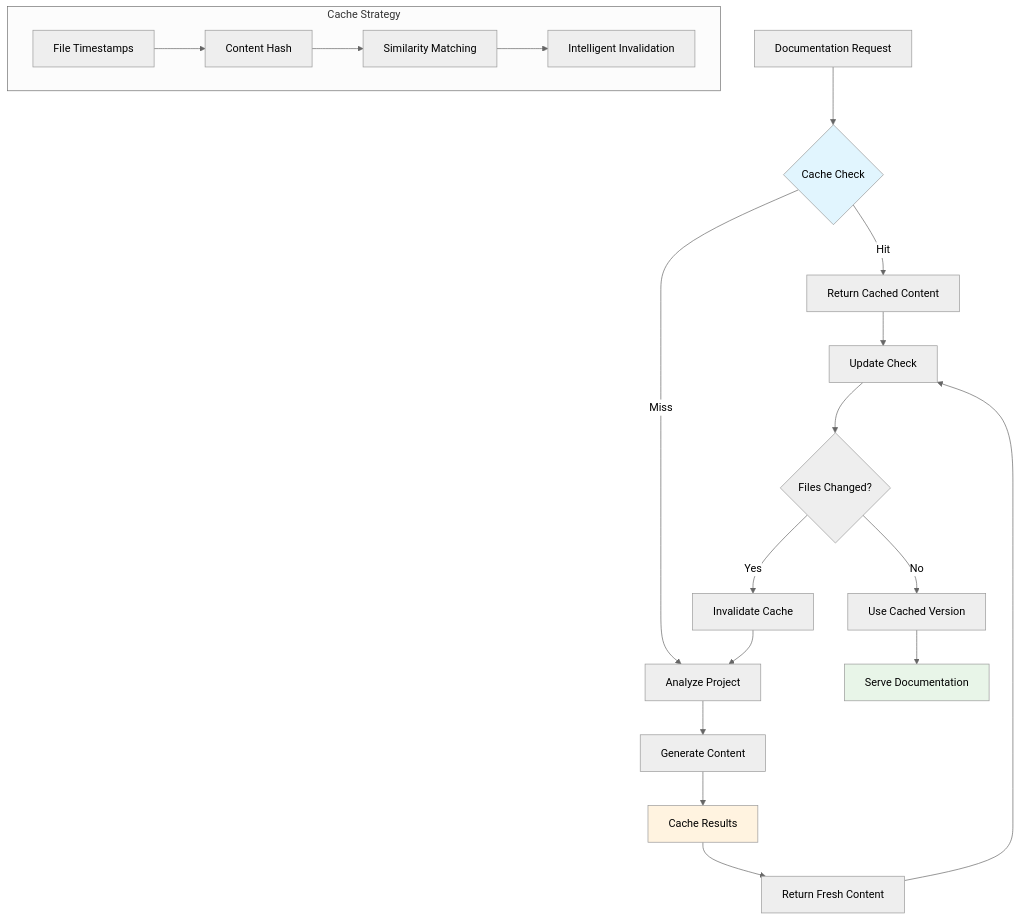
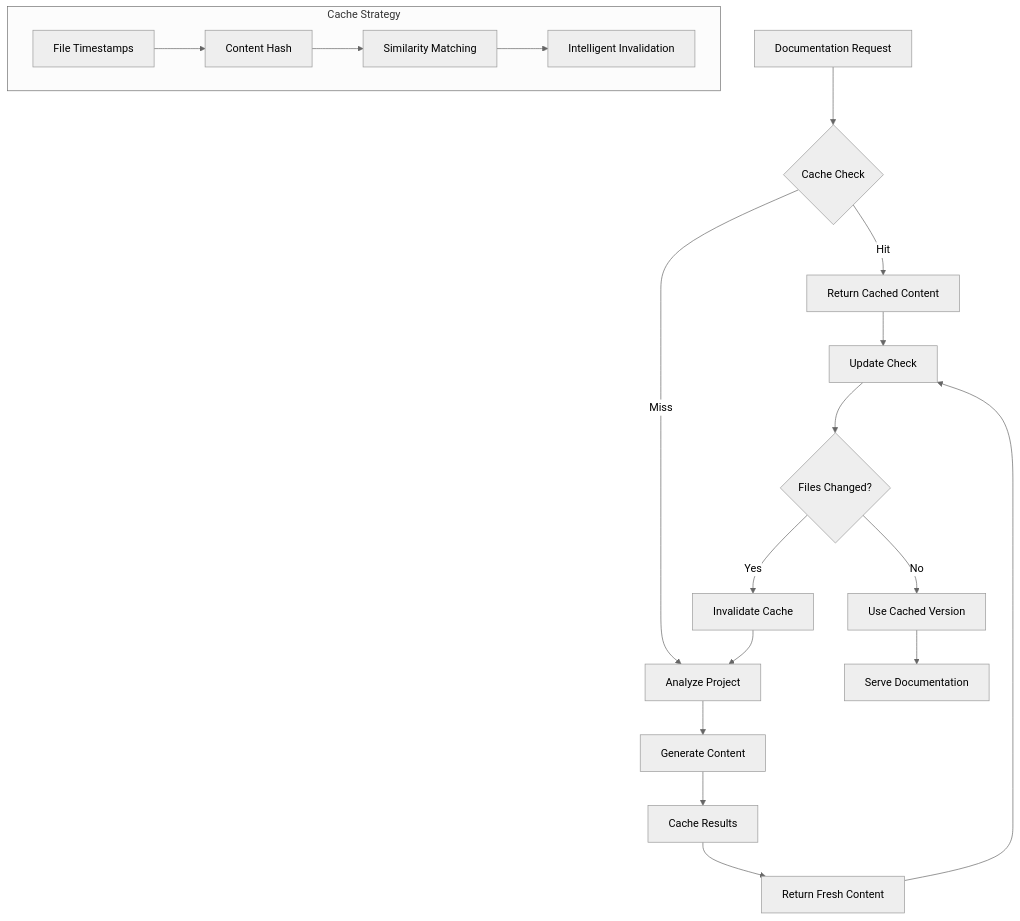
Before and after one commit to geogoesbeepboop/mastro: the eighth of 8 diagrams in docs/diagrams/mastro-docs-workflow.md, drawn with Mermaid (neutral theme). The commit also changed other lines of this file, not shown here.

First line of the commit message:
docs: update workflow diagram for clarity and accuracy

````diff
--- a/docs/diagrams/mastro-docs-workflow.md
+++ b/docs/diagrams/mastro-docs-workflow.md
@@ -299,31 +309,33 @@
 ```mermaid
+
 flowchart TD
     A[Documentation Request] --> B{Cache Check}
     
     B -->|Hit| C[Return Cached Content]
     B -->|Miss| D[Analyze Project]
     
     D --> E[Generate Content]
     E --> F[Cache Results]
     F --> G[Return Fresh Content]
     
     C --> H[Update Check]
     G --> H
     
     H --> I{Files Changed?}
     I -->|Yes| J[Invalidate Cache]
     I -->|No| K[Use Cached Version]
     
     J --> D
     K --> L[Serve Documentation]
     
     subgraph "Cache Strategy"
         M[File Timestamps] --> N[Content Hash]
         N --> O[Similarity Matching]
         O --> P[Intelligent Invalidation]
     end
     
-    style B fill:#e1f5fe
-    style F fill:#fff3e0
-    style L fill:#e8f5e8
+    style B fill:#e1f5fe color:#000000
+    style F fill:#fff3e0 color:#000000
+    style L fill:#e8f5e8 color:#000000
+
 ```
````
